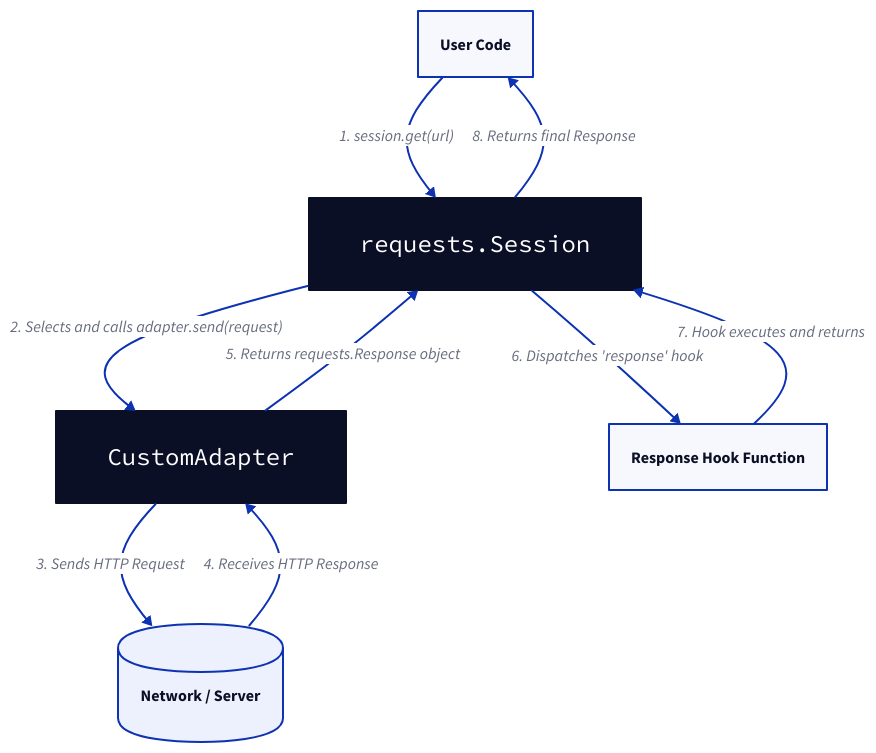
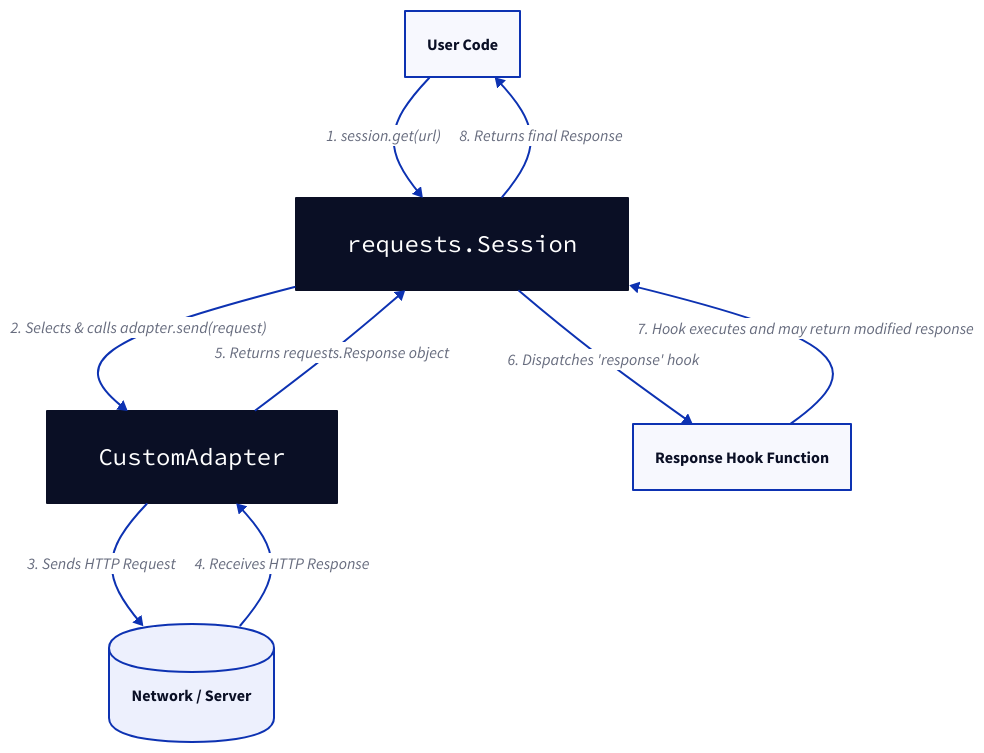
One commit to lban2049/requests changed the diagram in .aigne/doc-smith/docs/advanced-usage-adapters-and-hooks.md. Above: the diagram before and after it, drawn with D2. The commit also changed other lines of this file and 29 other files, not shown here.

````diff
--- a/.aigne/doc-smith/docs/advanced-usage-adapters-and-hooks.md
+++ b/.aigne/doc-smith/docs/advanced-usage-adapters-and-hooks.md
@@ -66,38 +129,38 @@
 ```d2
 direction: down
 
 UserCode: {
   label: "User Code"
   shape: rectangle
 }
 
 Session: {
   label: "requests.Session"
   shape: class
 }
 
 Adapter: {
   label: "CustomAdapter"
   shape: class
 }
 
 Network: {
   label: "Network / Server"
   shape: cylinder
 }
 
 HookFunction: {
   label: "Response Hook Function"
   shape: rectangle
 }
 
 UserCode -> Session: "1. session.get(url)"
-Session -> Adapter: "2. Selects and calls adapter.send(request)"
+Session -> Adapter: "2. Selects & calls adapter.send(request)"
 Adapter -> Network: "3. Sends HTTP Request"
 Network -> Adapter: "4. Receives HTTP Response"
 Adapter -> Session: "5. Returns requests.Response object"
 Session -> HookFunction: "6. Dispatches 'response' hook"
-HookFunction -> Session: "7. Hook executes and returns"
+HookFunction -> Session: "7. Hook executes and may return modified response"
 Session -> UserCode: "8. Returns final Response"
 
 ```
````
